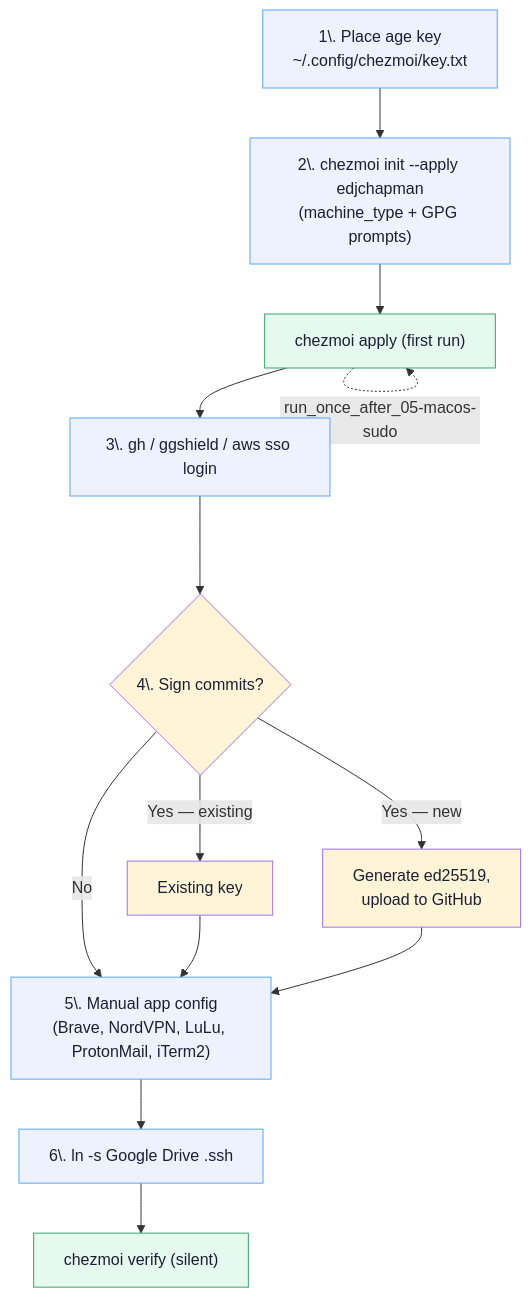
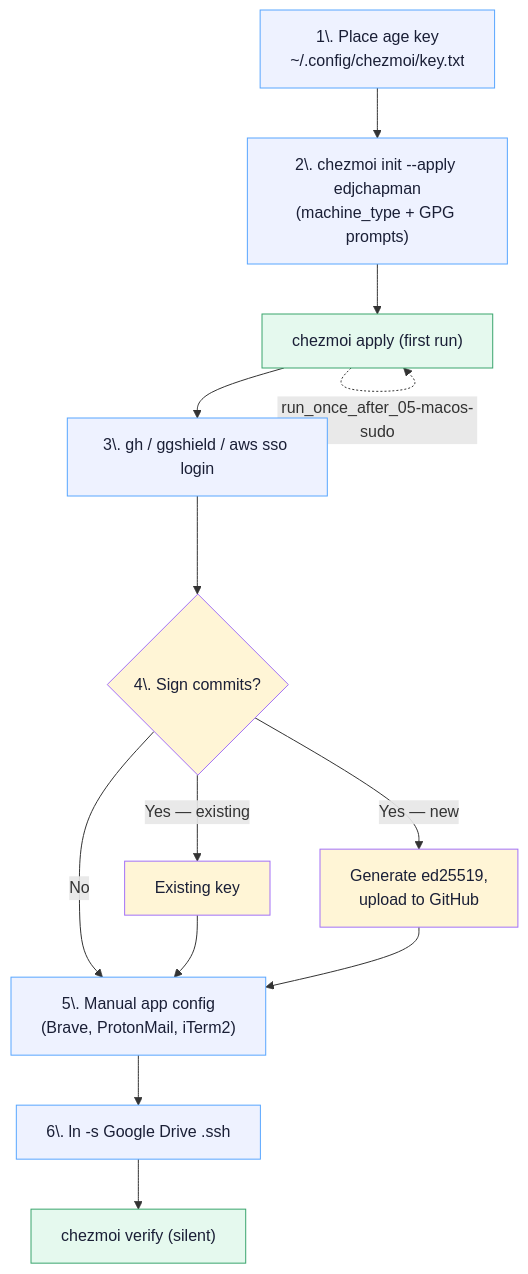
Before and after one commit to edjchapman/Dotfiles: the diagram in docs/runbooks/new-machine.md, drawn with Mermaid. The commit also changed other lines of this file and 7 other files, not shown here.

First line of the commit message:
chore(network): remove NordVPN, LuLu and the AWDL-off daemon (#198)

````diff
--- a/docs/runbooks/new-machine.md
+++ b/docs/runbooks/new-machine.md
@@ -7,38 +7,38 @@
 ```mermaid
 flowchart TD
     KEY["1\. Place age key<br/>~/.config/chezmoi/key.txt"]
     INIT["2\. chezmoi init --apply edjchapman<br/>(machine_type + GPG prompts)"]
     BOOT["chezmoi apply (first run)"]
     AUTH["3\. gh / ggshield / aws sso login"]
     GPG{"4\. Sign commits?"}
     GPG_E["Existing key"]
     GPG_N["Generate ed25519,<br/>upload to GitHub"]
-    APP["5\. Manual app config<br/>(Brave, NordVPN, LuLu, ProtonMail, iTerm2)"]
+    APP["5\. Manual app config<br/>(Brave, ProtonMail, iTerm2)"]
     SSH["6\. ln -s Google Drive .ssh"]
     VER["chezmoi verify (silent)"]
 
     KEY --> INIT
     INIT --> BOOT
     BOOT -.->|run_once_01-install-homebrew| BOOT
     BOOT -.->|run_onchange_02-brew-bundle| BOOT
     BOOT -.->|run_onchange_03-macos-defaults| BOOT
     BOOT -.->|run_onchange_04-dock-layout| BOOT
     BOOT -.->|run_onchange_05-login-items| BOOT
     BOOT -.->|run_once_after_05-macos-sudo| BOOT
     BOOT --> AUTH
     AUTH --> GPG
     GPG -->|Yes — existing| GPG_E
     GPG -->|Yes — new| GPG_N
     GPG -->|No| APP
     GPG_E --> APP
     GPG_N --> APP
     APP --> SSH
     SSH --> VER
 
     classDef step fill:#eef2ff,stroke:#58a6ff,color:#1a1f36
     classDef branch fill:#fff5d6,stroke:#a371f7,color:#1a1f36
     classDef terminal fill:#e5f9ee,stroke:#3aa56d,color:#1a1f36
     class KEY,INIT,AUTH,APP,SSH step
     class GPG,GPG_E,GPG_N branch
     class BOOT,VER terminal
 ```
````
